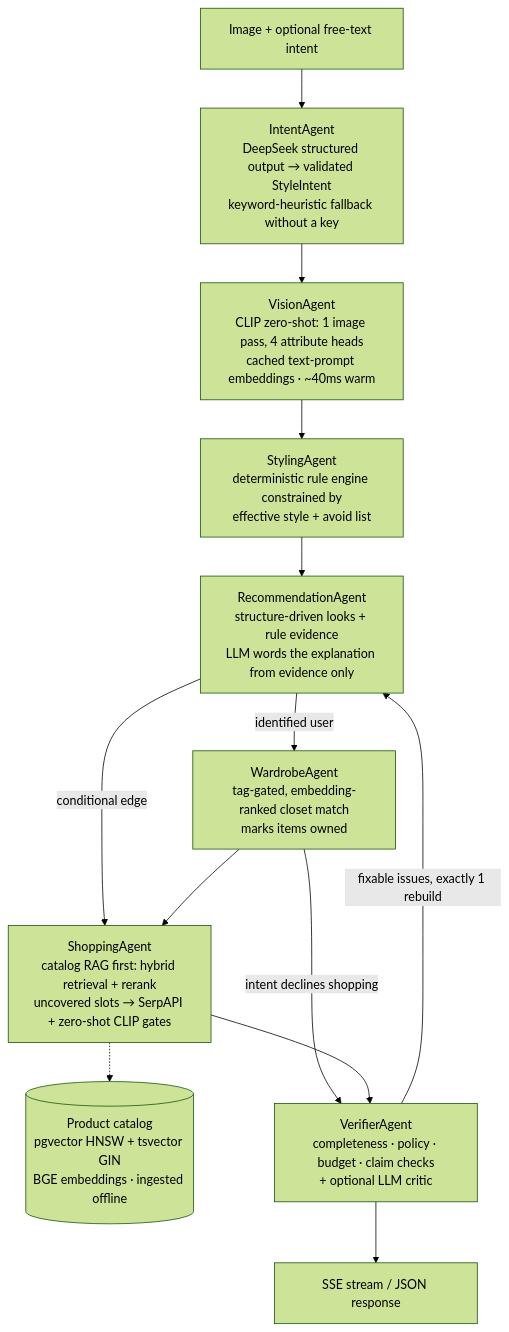
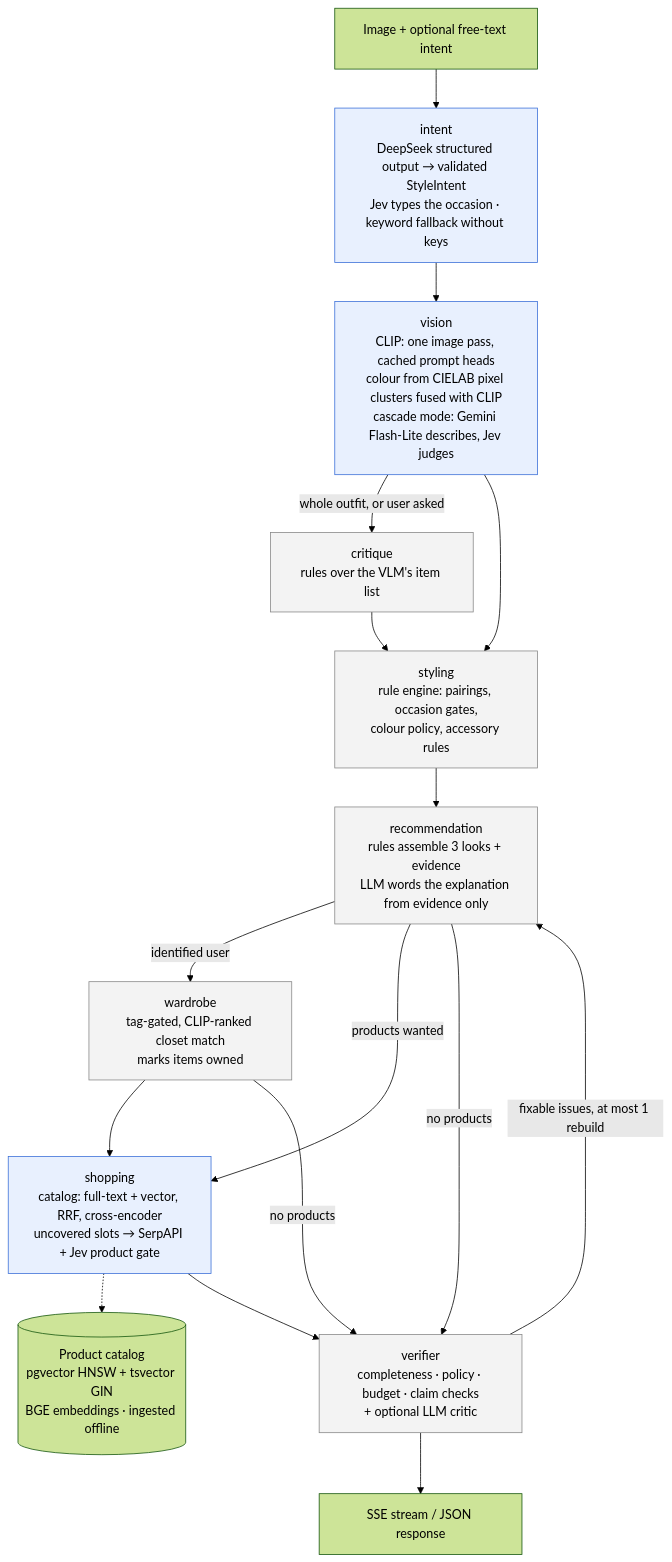
Before and after one commit to mohammedp010/synclook-ai: the diagram in README.md, drawn with Mermaid (forest theme). The commit also changed other lines of this file and 456 other files, not shown here.

First line of the commit message:
Synclook closet-first backend, ready for the free-host demo

````diff
--- a/README.md
+++ b/README.md
@@ -14,15 +15,23 @@
 ```mermaid
 flowchart TD
-    U[Image + optional free-text intent] --> I[IntentAgent<br/>DeepSeek structured output → validated StyleIntent<br/>keyword-heuristic fallback without a key]
-    I --> V[VisionAgent<br/>CLIP zero-shot: 1 image pass, 4 attribute heads<br/>cached text-prompt embeddings · ~40ms warm]
-    V --> S[StylingAgent<br/>deterministic rule engine constrained by<br/>effective style + avoid list]
-    S --> R[RecommendationAgent<br/>structure-driven looks + rule evidence<br/>LLM words the explanation from evidence only]
-    R -->|identified user| W[WardrobeAgent<br/>tag-gated, embedding-ranked closet match<br/>marks items owned]
-    R -->|conditional edge| SH
-    W --> SH[ShoppingAgent<br/>catalog RAG first: hybrid retrieval + rerank<br/>uncovered slots → SerpAPI + zero-shot CLIP gates]
+    U[Image + optional free-text intent] --> I[intent<br/>DeepSeek structured output → validated StyleIntent<br/>Jev types the occasion · keyword fallback without keys]
+    I --> V[vision<br/>CLIP: one image pass, cached prompt heads<br/>colour from CIELAB pixel clusters fused with CLIP<br/>cascade mode: Gemini Flash-Lite describes, Jev judges]
+    V -->|whole outfit, or user asked| CR[critique<br/>rules over the VLM's item list]
+    V --> S
+    CR --> S[styling<br/>rule engine: pairings, occasion gates,<br/>colour policy, accessory rules]
+    S --> R[recommendation<br/>rules assemble 3 looks + evidence<br/>LLM words the explanation from evidence only]
+    R -->|identified user| W[wardrobe<br/>tag-gated, CLIP-ranked closet match<br/>marks items owned]
+    R -->|products wanted| SH
+    W --> SH[shopping<br/>catalog: full-text + vector, RRF, cross-encoder<br/>uncovered slots → SerpAPI + Jev product gate]
     SH -.-> C[(Product catalog<br/>pgvector HNSW + tsvector GIN<br/>BGE embeddings · ingested offline)]
-    W -->|intent declines shopping| VF
-    SH --> VF[VerifierAgent<br/>completeness · policy · budget · claim checks<br/>+ optional LLM critic]
-    VF -->|fixable issues, exactly 1 rebuild| R
+    R -->|no products| VF
+    W -->|no products| VF
+    SH --> VF[verifier<br/>completeness · policy · budget · claim checks<br/>+ optional LLM critic]
+    VF -->|fixable issues, at most 1 rebuild| R
     VF --> OUT[SSE stream / JSON response]
+
+    classDef model fill:#e8f0fe,stroke:#3b6fd8
+    classDef rules fill:#f3f3f3,stroke:#888
+    class I,V,SH model
+    class CR,S,R,W,VF rules
 ```
````
